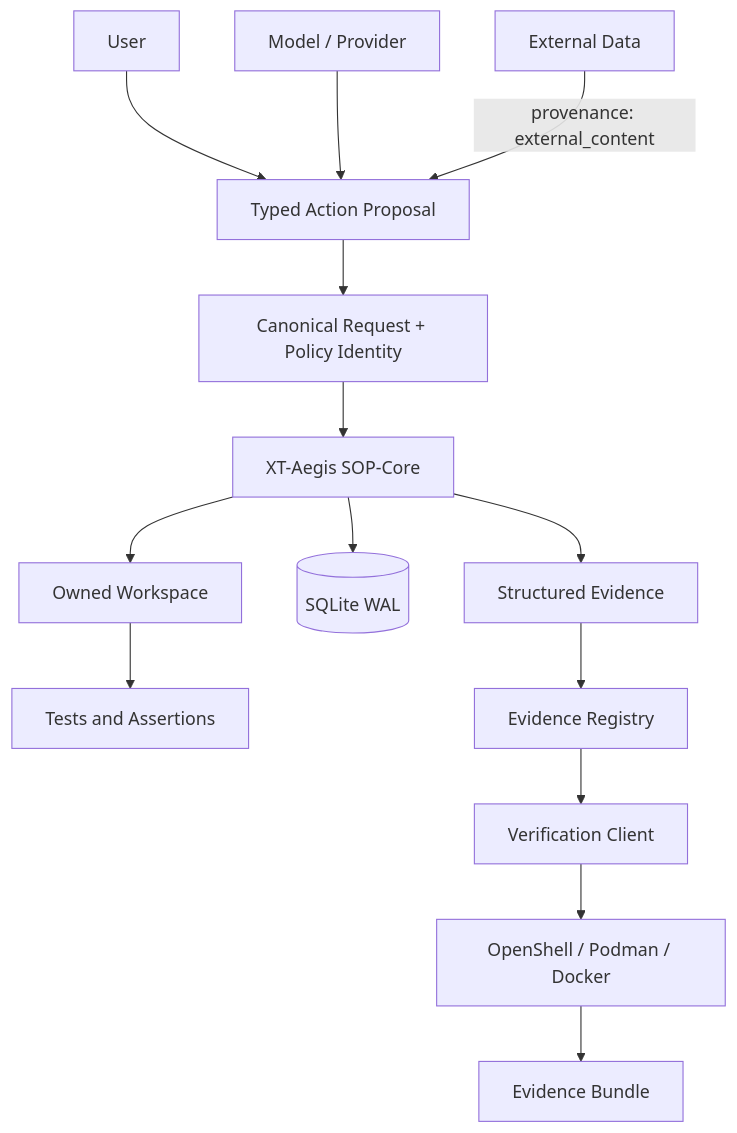
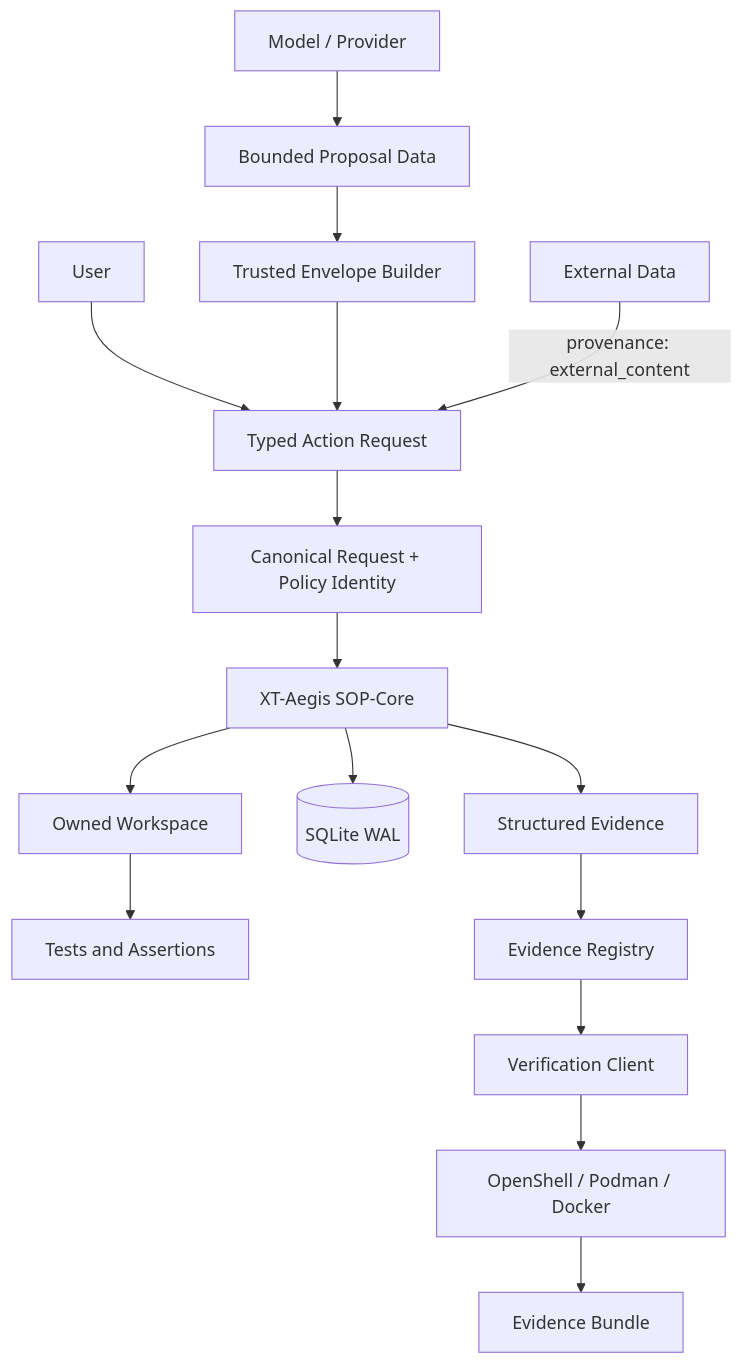
One commit to ed3c/XT-Aegis changed the first of 3 diagrams in docs/ARCHITECTURE.md. Above: the diagram before and after it, drawn with Mermaid. The commit also changed other lines of this file and 12 other files, not shown here.

First line of the commit message:
Register the trusted proposal claim

````diff
--- a/docs/ARCHITECTURE.md
+++ b/docs/ARCHITECTURE.md
@@ -29,16 +29,18 @@
 ```mermaid
 flowchart TB
-    U[User] --> AP[Typed Action Proposal]
-    M[Model / Provider] --> AP
+    U[User] --> AP[Typed Action Request]
+    M[Model / Provider] --> PP[Bounded Proposal Data]
+    PP --> TE[Trusted Envelope Builder]
+    TE --> AP
     D[External Data] -->|provenance: external_content| AP
     AP --> ID[Canonical Request + Policy Identity]
     ID --> XA[XT-Aegis SOP-Core]
     XA --> W[Owned Workspace]
     XA --> DB[(SQLite WAL)]
     XA --> EV[Structured Evidence]
     W --> T[Tests and Assertions]
     EV --> RG[Evidence Registry]
     RG --> VC[Verification Client]
     VC --> SB[OpenShell / Podman / Docker]
     SB --> EB[Evidence Bundle]
 ```
````
